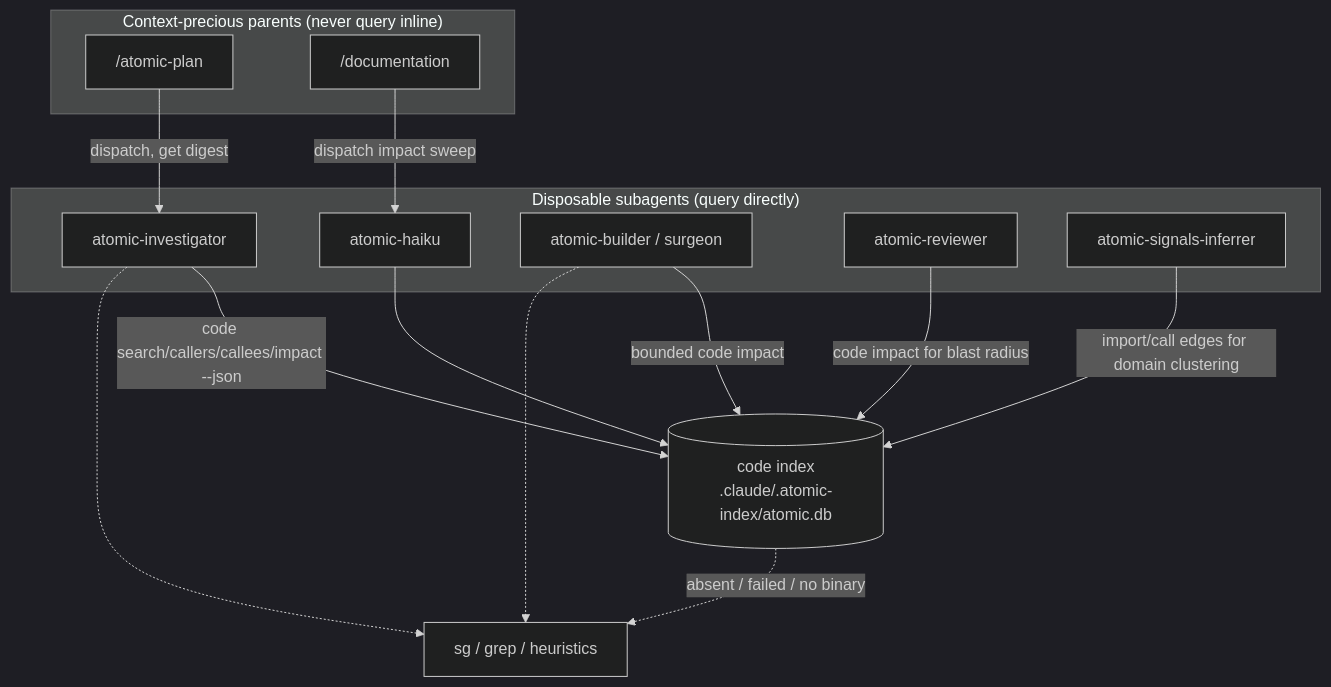
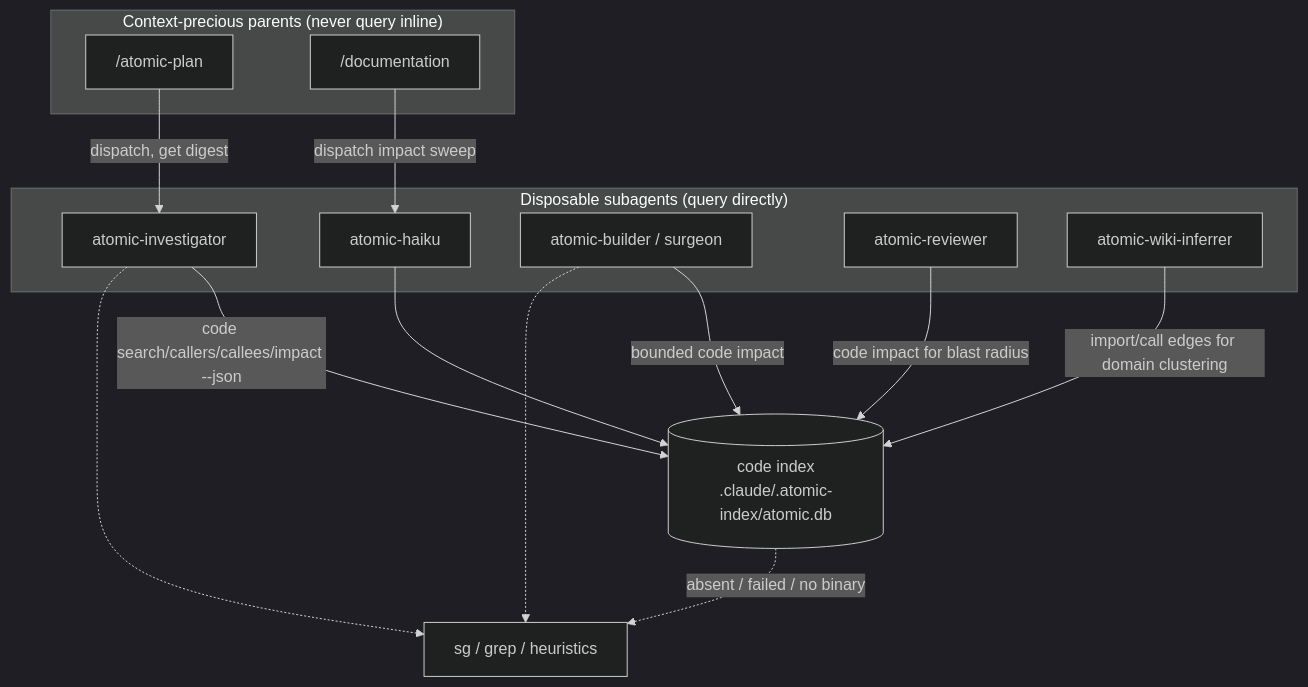
One commit to damusix/atomic-claude changed the diagram in docs/design/code-intel-integration.md. Above: the diagram before and after it, drawn with Mermaid (dark theme). The commit also changed other lines of this file and 52 other files, not shown here.

````diff
--- a/docs/design/code-intel-integration.md
+++ b/docs/design/code-intel-integration.md
@@ -45,27 +45,27 @@
 ```mermaid
 flowchart TD
     subgraph parents["Context-precious parents (never query inline)"]
         plan["/atomic-plan"]
         doc["/documentation"]
     end
     subgraph subs["Disposable subagents (query directly)"]
         inv["atomic-investigator"]
         haiku["atomic-haiku"]
         builder["atomic-builder / surgeon"]
         rev["atomic-reviewer"]
-        sig["atomic-signals-inferrer"]
+        sig["atomic-wiki-inferrer"]
     end
     db[("code index<br/>.claude/.atomic-index/atomic.db")]
     grep["sg / grep / heuristics"]
 
     plan -->|dispatch, get digest| inv
     doc -->|dispatch impact sweep| haiku
     inv -->|"code search/callers/callees/impact --json"| db
     haiku --> db
     builder -->|"bounded code impact <symbol>"| db
     rev -->|"code impact for blast radius"| db
     sig -->|"import/call edges for domain clustering"| db
     db -.->|absent / failed / no binary| grep
     inv -.-> grep
     builder -.-> grep
 ```
````
